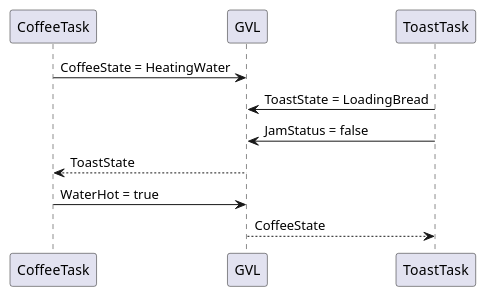
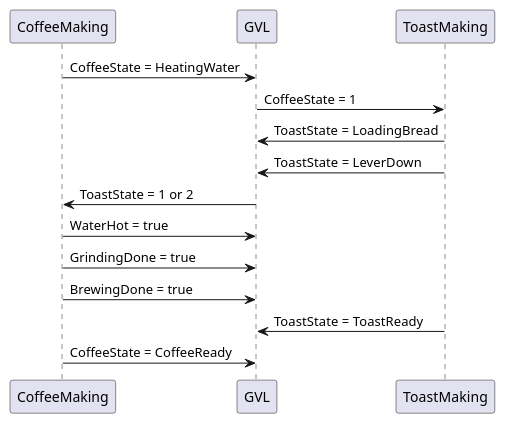
One commit to phamnhatha090805/Final_Assignment_Process_Safety changed the diagram in src/chapter_3.md. Above: the diagram before and after it, drawn with PlantUML. The commit also changed 2 other files, not shown here.

Commit message:
Change the chapter 3

````diff
--- a/src/chapter_3.md
+++ b/src/chapter_3.md
@@ -2,16 +2,20 @@
 ```plantuml
 @startuml
-participant CoffeeTask
+participant CoffeeMaking
 participant GVL
-participant ToastTask
+participant ToastMaking
 
-CoffeeTask -> GVL: CoffeeState = HeatingWater
-ToastTask -> GVL: ToastState = LoadingBread
+CoffeeMaking -> GVL: CoffeeState = HeatingWater
+GVL -> ToastMaking: CoffeeState = 1
+ToastMaking -> GVL: ToastState = LoadingBread
+ToastMaking -> GVL: ToastState = LeverDown
 
-ToastTask -> GVL: JamStatus = false
-GVL --> CoffeeTask: ToastState
+GVL -> CoffeeMaking: ToastState = 1 or 2
 
-CoffeeTask -> GVL: WaterHot = true
-GVL --> ToastTask: CoffeeState
+CoffeeMaking -> GVL: WaterHot = true
+CoffeeMaking -> GVL: GrindingDone = true
+CoffeeMaking -> GVL: BrewingDone = true
+ToastMaking -> GVL: ToastState = ToastReady
+CoffeeMaking -> GVL: CoffeeState = CoffeeReady
 @enduml
 ```
````
